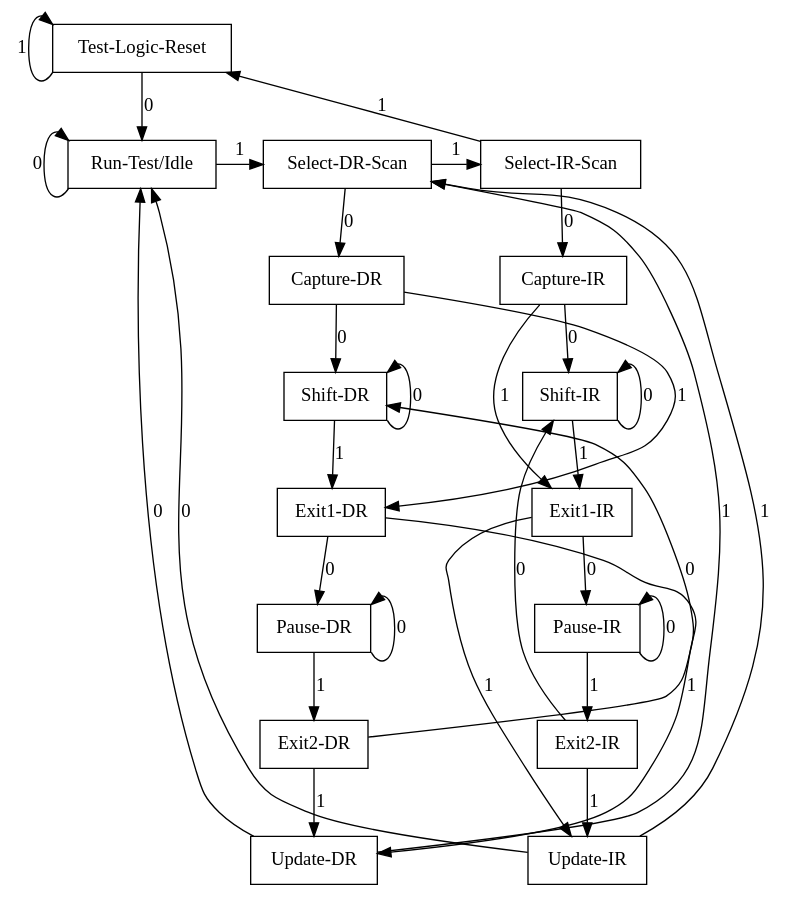
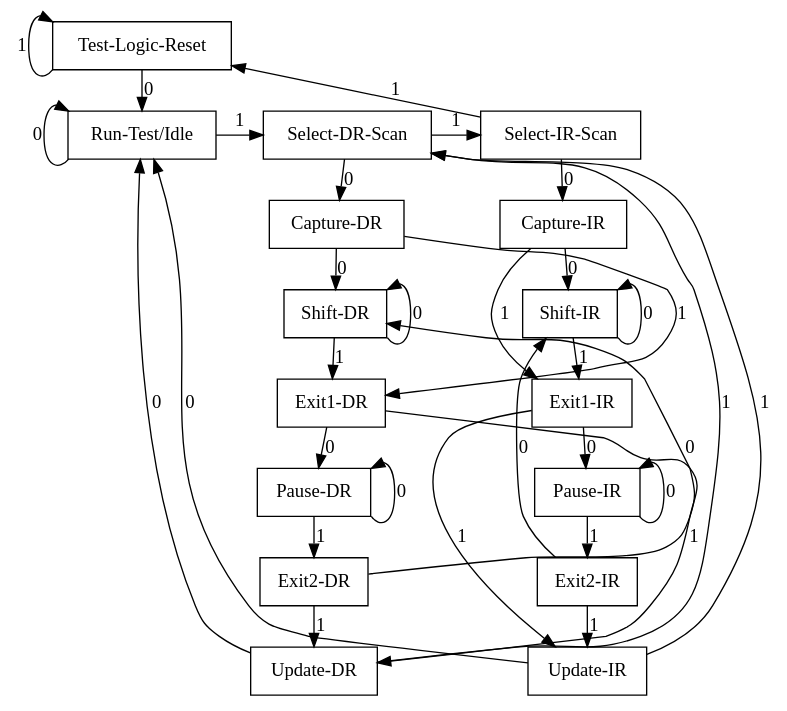
The diagram in doc/tap_states.dot (balau/JTAGduino), drawn with Graphviz before and after one commit. The commit also changed 1 other file, not shown here.

Commit message:
Refactored tap states diagram and added Inkscape drawing.

```diff
--- a/doc/tap_states.dot
+++ b/doc/tap_states.dot
@@ -1,75 +1,78 @@
 digraph tap_states {
     node [shape=box];
-    rankdir="TB";
+    rankdir=TB;
+    ranksep=0.1;
 	
-    reset -> idle [label="0"];
+    reset -> idle [label=0];
 
     // on the same row
     subgraph noreset {
-        rank="same";
+        rank=same;
 
-        idle -> seldr [label="1"];
-        seldr -> selir [label="1"];
+        idle -> seldr [label=1];
+        seldr -> selir [label=1];
     }
 
     subgraph drscan {
         // top to bottom
-        seldr -> captdr [label="0"];
-        captdr -> shiftdr [label="0"];
-        shiftdr -> exit1dr [label="1"];
-        exit1dr -> pausedr [label="0"];
-        pausedr -> exit2dr [label="1"];
-        exit2dr -> updatedr [label="1"];
+        seldr -> captdr [label=0];
+        captdr -> shiftdr [label=0];
+        shiftdr -> exit1dr [label=1];
+        exit1dr -> pausedr [label=0];
+        pausedr -> exit2dr [label=1];
+        exit2dr -> updatedr [label=1];
+        // self edges
+        shiftdr:se -> shiftdr:ne [label=0, constraint=false];
+        pausedr:se -> pausedr:ne [label=0, constraint=false];
         // other transitions
-        captdr -> exit1dr [label="1", constraint=false];
-        shiftdr:se -> shiftdr:ne [label="0", constraint=false];
-        exit1dr -> updatedr [label="1", constraint=false];
-        pausedr:se -> pausedr:ne [label="0", constraint=false];
-        exit2dr -> shiftdr [label="0", constraint=false];
+        captdr -> exit1dr [label=1, constraint=false];
+        exit1dr -> updatedr [label=1, constraint=false];
+        exit2dr -> shiftdr [label=0, constraint=false];
         // state names
         seldr [label="Select-DR-Scan"];
         captdr [label="Capture-DR"];
         shiftdr [label="Shift-DR"];
         exit1dr [label="Exit1-DR"];
         pausedr [label="Pause-DR"];
         exit2dr [label="Exit2-DR"];
         updatedr [label="Update-DR"];
     }
 
     subgraph irscan {
         // top to bottom
-        selir -> captir [label="0"];
-        captir -> shiftir [label="0"];
-        shiftir -> exit1ir [label="1"];
-        exit1ir -> pauseir [label="0"];
-        pauseir -> exit2ir [label="1"];
-        exit2ir -> updateir [label="1"];
+        selir -> captir [label=0];
+        captir -> shiftir [label=0];
+        shiftir -> exit1ir [label=1];
+        exit1ir -> pauseir [label=0];
+        pauseir -> exit2ir [label=1];
+        exit2ir -> updateir [label=1];
+        // self edges
+        shiftir:se -> shiftir:ne [label=0, constraint=false];
+        pauseir:se -> pauseir:ne [label=0, constraint=false];
         // other transitions
-        captir -> exit1ir [label="1", constraint=false];
-        shiftir:se -> shiftir:ne [label="0", constraint=false];
-        exit1ir -> updateir [label="1", constraint=false];
-        pauseir:se -> pauseir:ne [label="0", constraint=false];
-        exit2ir -> shiftir [label="0", constraint=false];
+        captir -> exit1ir [label=1, constraint=false];
+        exit1ir -> updateir [label=1, constraint=false];
+        exit2ir -> shiftir [label=0, constraint=false];
         // state names
         selir [label="Select-IR-Scan"];
         captir [label="Capture-IR"];
         shiftir [label="Shift-IR"];
         exit1ir [label="Exit1-IR"];
         pauseir [label="Pause-IR"];
         exit2ir [label="Exit2-IR"];
         updateir [label="Update-IR"];
     }
 
+    // self edges
+    reset:sw -> reset:nw [label=1, constraint=false];
+    idle:sw -> idle:nw [label=0, constraint=false];
     // other transitions
-    reset:sw -> reset:nw [label="1", constraint=false];
-    idle:sw -> idle:nw [label="0", constraint=false];
-    selir -> reset [label="1", constraint=false];
-    updatedr -> seldr [label="1", constraint=false];
-    updateir -> seldr [label="1", constraint=false];
-    updatedr -> idle [label="0", constraint=false];
-    updateir -> idle [label="0", constraint=false];
-
+    selir -> reset [label=1, constraint=false];
+    updatedr -> seldr [label=1, constraint=false];
+    updateir -> seldr [label=1, constraint=false];
+    updatedr -> idle [label=0, constraint=false];
+    updateir -> idle [label=0, constraint=false];
     // state names
     reset [label="Test-Logic-Reset"];
     idle [label="Run-Test/Idle"];
 }
```
